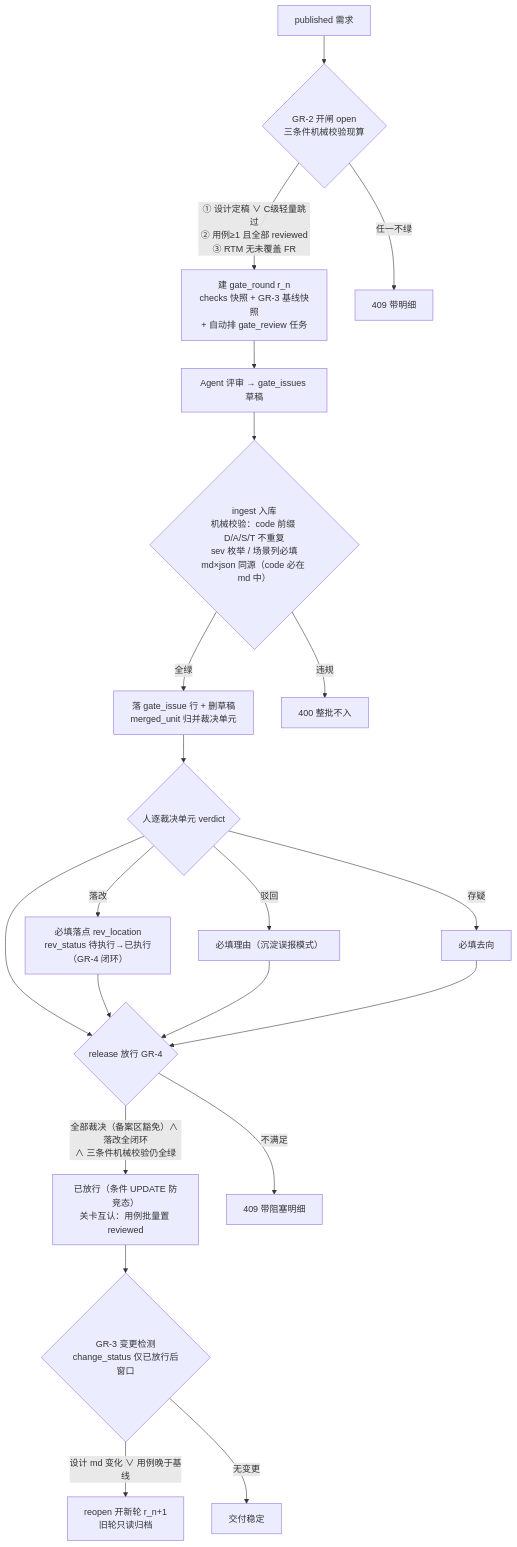
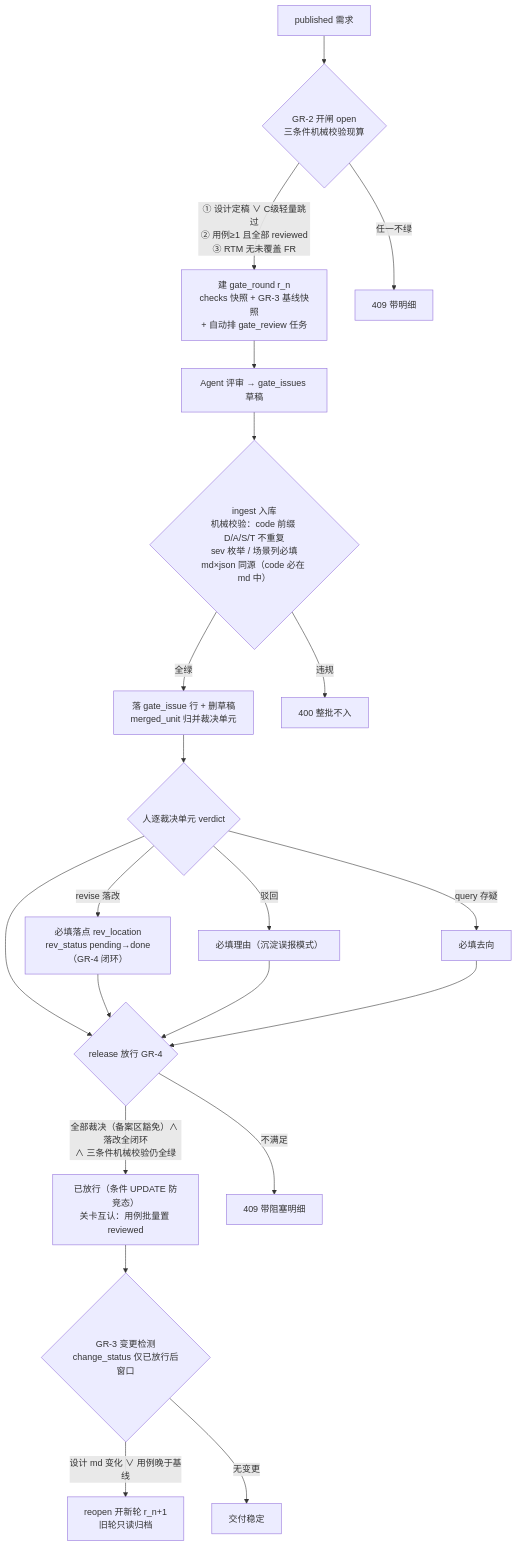
One commit to TsCarpe/sdlc-platform-server changed the tenth of 10 diagrams in docs/ER图与业务流程.md. Above: the diagram before and after it, drawn with Mermaid. The commit also changed other lines of this file and 9 other files, not shown here.

````diff
--- a/docs/ER图与业务流程.md
+++ b/docs/ER图与业务流程.md
@@ -527,20 +527,20 @@
 ```mermaid
 flowchart TD
     P[published 需求] --> O{GR-2 开闸 open<br/>三条件机械校验现算}
     O -->|"① 设计定稿 ∨ C级轻量跳过<br/>② 用例≥1 且全部 reviewed<br/>③ RTM 无未覆盖 FR"| RD[建 gate_round r_n<br/>checks 快照 + GR-3 基线快照<br/>+ 自动排 gate_review 任务]
     O -->|任一不绿| X409[409 带明细]
     RD --> GR[Agent 评审 → gate_issues 草稿]
     GR --> ING{ingest 入库<br/>机械校验：code 前缀 D/A/S/T 不重复<br/>sev 枚举 / 场景列必填<br/>md×json 同源（code 必在 md 中）}
     ING -->|全绿| ISS[落 gate_issue 行 + 删草稿<br/>merged_unit 归并裁决单元]
     ING -->|违规| X400[400 整批不入]
     ISS --> V{人逐裁决单元 verdict}
-    V -->|落改| REV[必填落点 rev_location<br/>rev_status 待执行→已执行（GR-4 闭环）]
+    V -->|revise 落改| REV[必填落点 rev_location<br/>rev_status pending→done（GR-4 闭环）]
     V -->|驳回| REJ[必填理由（沉淀误报模式）]
-    V -->|存疑| HOLD[必填去向]
+    V -->|query 存疑| HOLD[必填去向]
     V & REV & REJ & HOLD --> REL{release 放行 GR-4}
     REL -->|"全部裁决（备案区豁免）∧ 落改全闭环<br/>∧ 三条件机械校验仍全绿"| OK[已放行（条件 UPDATE 防竞态）<br/>关卡互认：用例批量置 reviewed]
     REL -->|不满足| X409R[409 带阻塞明细]
     OK --> CS{GR-3 变更检测<br/>change_status 仅已放行后窗口}
     CS -->|设计 md 变化 ∨ 用例晚于基线| RE[reopen 开新轮 r_n+1<br/>旧轮只读归档]
     CS -->|无变更| DONE[交付稳定]
 ```
````
